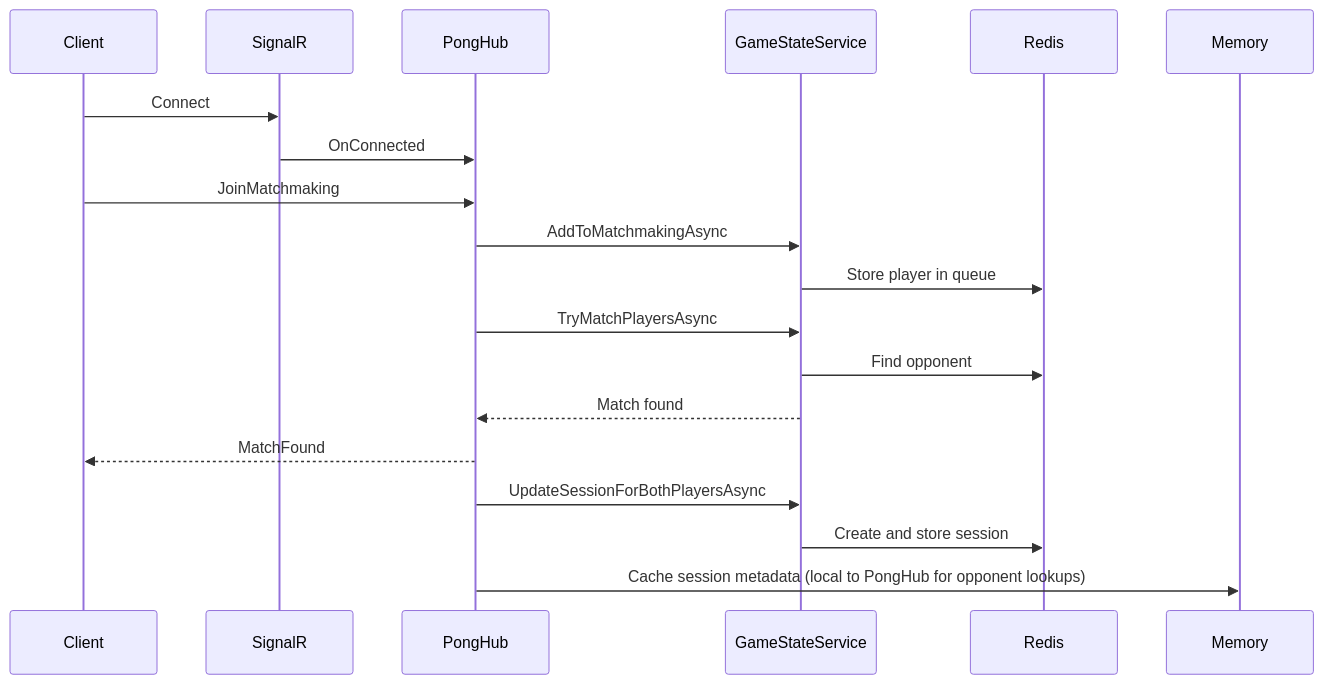
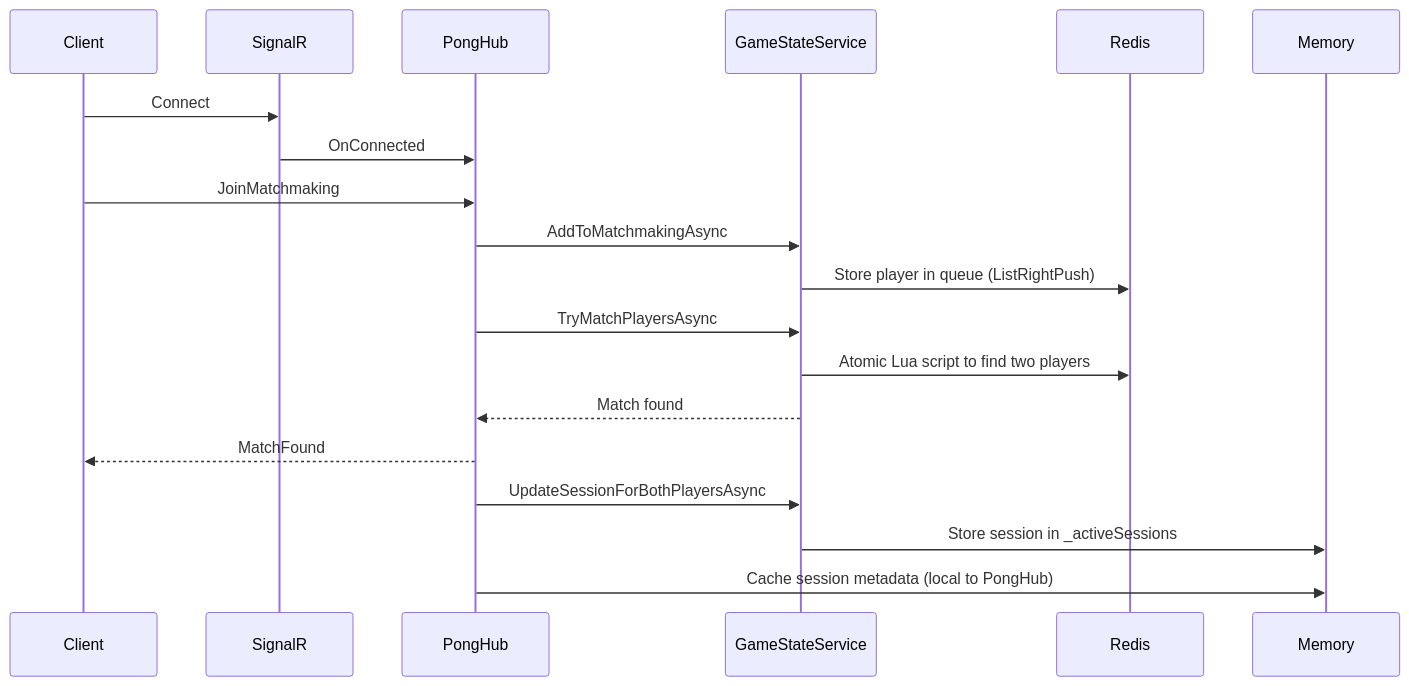
Before and after one commit to rmoreirao/AzureOnlinePongGame: the second of 4 diagrams in SYSTEM_DESIGN.md, drawn with Mermaid. The commit also changed other lines of this file and 1 other file, not shown here.

Commit message:
refactor: Remove GameSessionCache service to streamline session management

````diff
--- a/SYSTEM_DESIGN.md
+++ b/SYSTEM_DESIGN.md
@@ -142,20 +148,20 @@
 ```mermaid
 sequenceDiagram
     participant Client
     participant SignalR
     participant PongHub
     participant GameStateService
     participant Redis
     Client->>SignalR: Connect
     SignalR->>PongHub: OnConnected
     Client->>PongHub: JoinMatchmaking
     PongHub->>GameStateService: AddToMatchmakingAsync
-    GameStateService->>Redis: Store player in queue
+    GameStateService->>Redis: Store player in queue (ListRightPush)
     PongHub->>GameStateService: TryMatchPlayersAsync
-    GameStateService->>Redis: Find opponent
+    GameStateService->>Redis: Atomic Lua script to find two players
     GameStateService-->>PongHub: Match found
     PongHub-->>Client: MatchFound
     PongHub->>GameStateService: UpdateSessionForBothPlayersAsync
-    GameStateService->>Redis: Create and store session
-    PongHub->>Memory: Cache session metadata (local to PongHub for opponent lookups)
+    GameStateService->>Memory: Store session in _activeSessions
+    PongHub->>Memory: Cache session metadata (local to PongHub)
 ```
````
